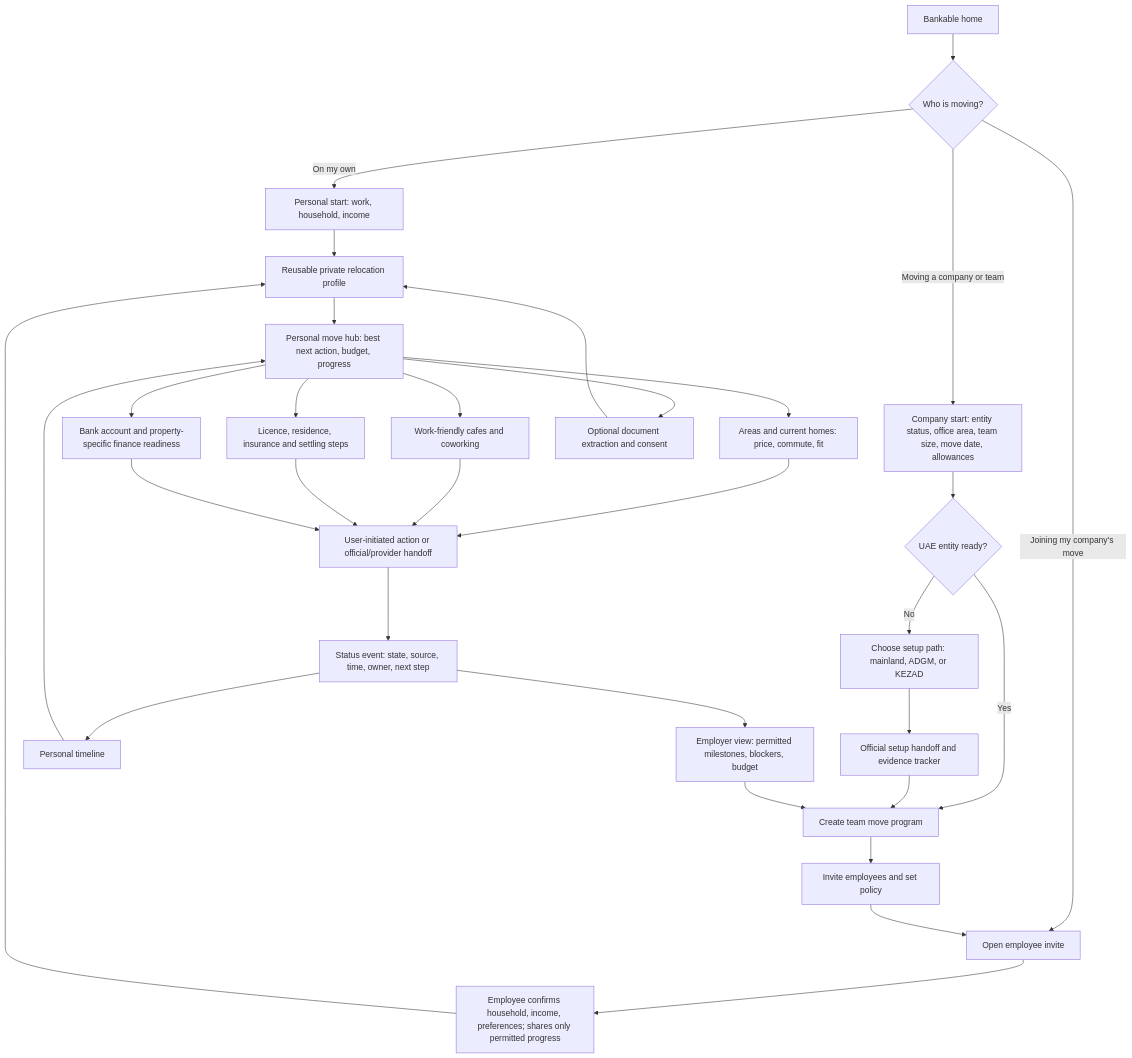
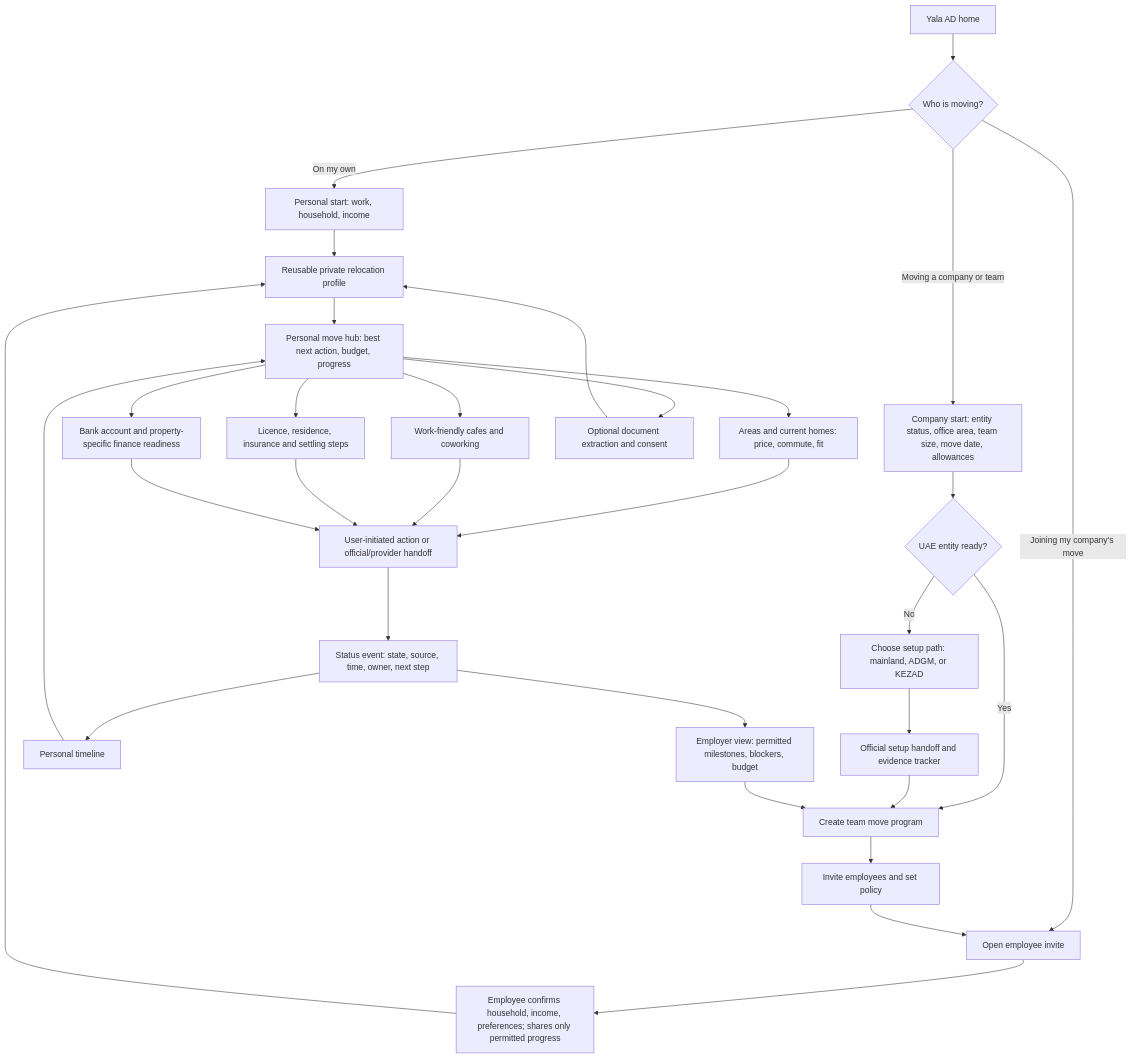
One commit to yahiaelmahdi7-bit/hub71ai-prism changed the diagram in docs/app-flow.md. Above: the diagram before and after it, drawn with Mermaid. The commit also changed other lines of this file and 84 other files, not shown here.

````diff
--- a/docs/app-flow.md
+++ b/docs/app-flow.md
@@ -9,38 +9,38 @@
 ```mermaid
 flowchart TD
-    Start[Bankable home] --> Route{Who is moving?}
+    Start[Yala AD home] --> Route{Who is moving?}
 
     Route -->|On my own| PersonalStart[Personal start: work, household, income]
     Route -->|Joining my company's move| Invite[Open employee invite]
     Route -->|Moving a company or team| CompanyStart[Company start: entity status, office area, team size, move date, allowances]
 
     CompanyStart --> Entity{UAE entity ready?}
     Entity -->|Yes| Program[Create team move program]
     Entity -->|No| SetupRoute[Choose setup path: mainland, ADGM, or KEZAD]
     SetupRoute --> OfficialSetup[Official setup handoff and evidence tracker]
     OfficialSetup --> Program
     Program --> InviteTeam[Invite employees and set policy]
     InviteTeam --> Invite
 
     Invite --> EmployeeStart[Employee confirms household, income, preferences; shares only permitted progress]
     PersonalStart --> Profile[Reusable private relocation profile]
     EmployeeStart --> Profile
 
     Profile --> Hub[Personal move hub: best next action, budget, progress]
     Hub --> Areas[Areas and current homes: price, commute, fit]
     Hub --> Work[Work-friendly cafes and coworking]
     Hub --> Setup[Licence, residence, insurance and settling steps]
     Hub --> Money[Bank account and property-specific finance readiness]
     Hub --> Evidence[Optional document extraction and consent]
 
     Areas --> Action[User-initiated action or official/provider handoff]
     Work --> Action
     Setup --> Action
     Money --> Action
     Evidence --> Profile
     Action --> Events[Status event: state, source, time, owner, next step]
     Events --> Timeline[Personal timeline]
     Events --> TeamView[Employer view: permitted milestones, blockers, budget]
     Timeline --> Hub
     TeamView --> Program
 ```
````
